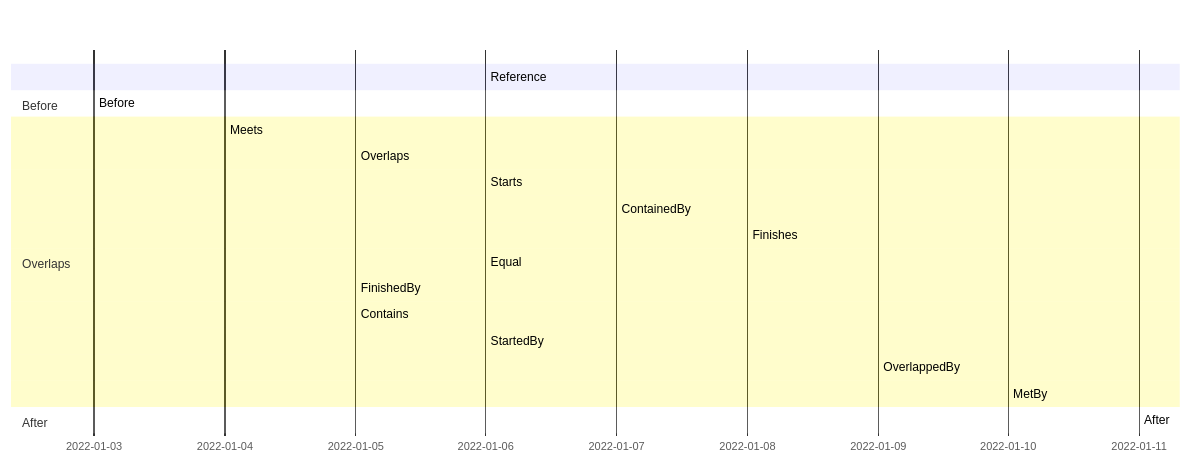
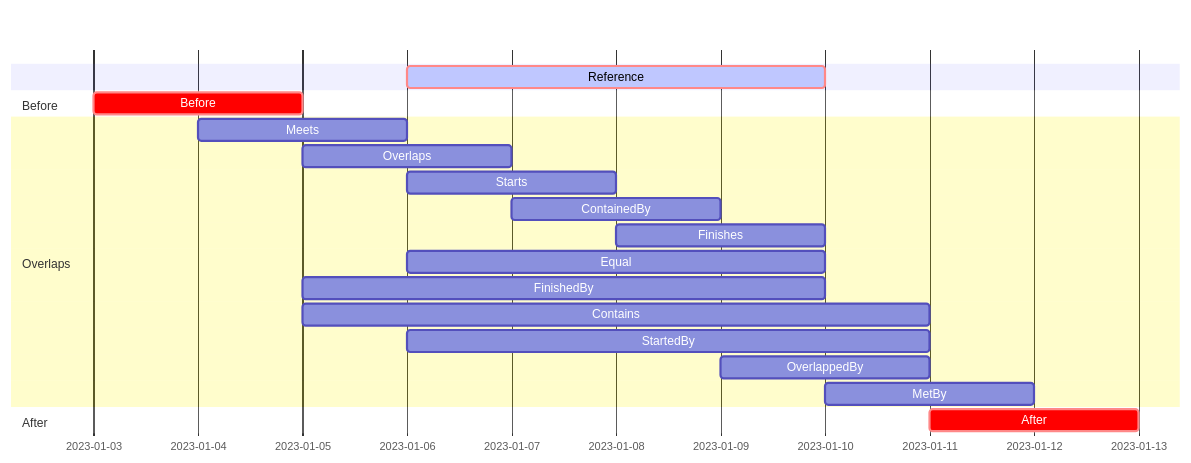
The diagram in README.md (viclang/IntervalSets), drawn with Mermaid before and after one commit.

````diff
--- a/README.md
+++ b/README.md
@@ -25,23 +25,24 @@
 ```mermaid
 gantt
-    Reference :crit, active, a, 2022-01-06, 2022-01-10
+    dateFormat  YYYY-MM-DD
+    Reference       :crit, active, a, 2023-01-06, 2023-01-10
 
     section Before
-    Before :crit, b, 2022-01-03, 2022-01-05
+    Before          :crit, b, 2023-01-03, 2023-01-05
 
     section Overlaps
-    Meets :crit, c, 2022-01-04, 2022-01-06
-    Overlaps :crit, d, 2022-01-05, 2022-01-07
-    Starts :crit, e, 2022-01-06, 2022-01-08
-    ContainedBy :crit, f, 2022-01-07, 2022-01-09
-    Finishes :crit, g, 2022-01-08, 2022-01-10
-    Equal :crit, h, 2022-01-06, 2022-01-10
-    FinishedBy :crit, i, 2022-01-05, 2022-01-10
-    Contains :crit, j, 2022-01-05, 2022-01-11
-    StartedBy :crit, k, 2022-01-06, 2022-01-11
-    OverlappedBy :crit, l, 2022-01-09, 2022-01-11
-    MetBy :crit, m, 2022-01-10, 2022-01-12
+    Meets           :c, 2023-01-04, 2023-01-06
+    Overlaps        :d, 2023-01-05, 2023-01-07
+    Starts          :e, 2023-01-06, 2023-01-08
+    ContainedBy     :f, 2023-01-07, 2023-01-09
+    Finishes        :g, 2023-01-08, 2023-01-10
+    Equal           :h, 2023-01-06, 2023-01-10
+    FinishedBy      :i, 2023-01-05, 2023-01-10
+    Contains        :j, 2023-01-05, 2023-01-11
+    StartedBy       :k, 2023-01-06, 2023-01-11
+    OverlappedBy    :l, 2023-01-09, 2023-01-11
+    MetBy           :m, 2023-01-10, 2023-01-12
 
-    section After
-    After :crit, n, 2022-01-11, 2022-01-13
+    section After
+    After           :crit, n, 2023-01-11, 2023-01-13
 ```
````
